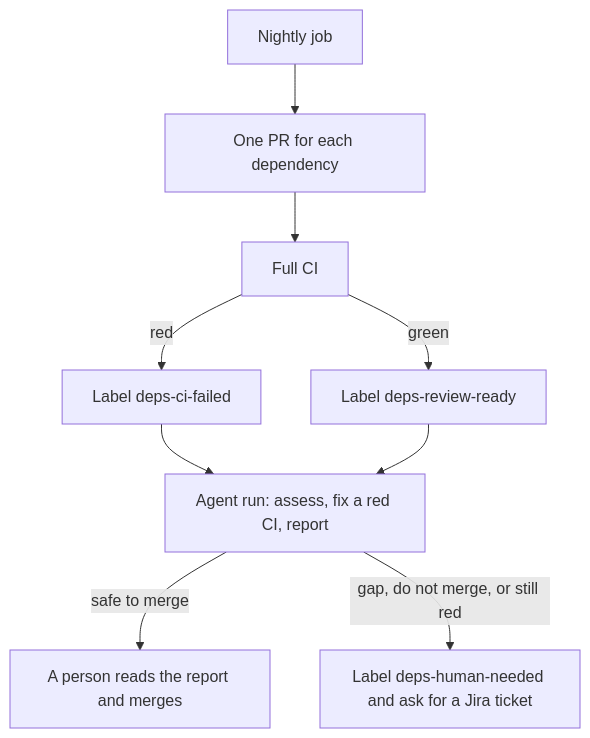
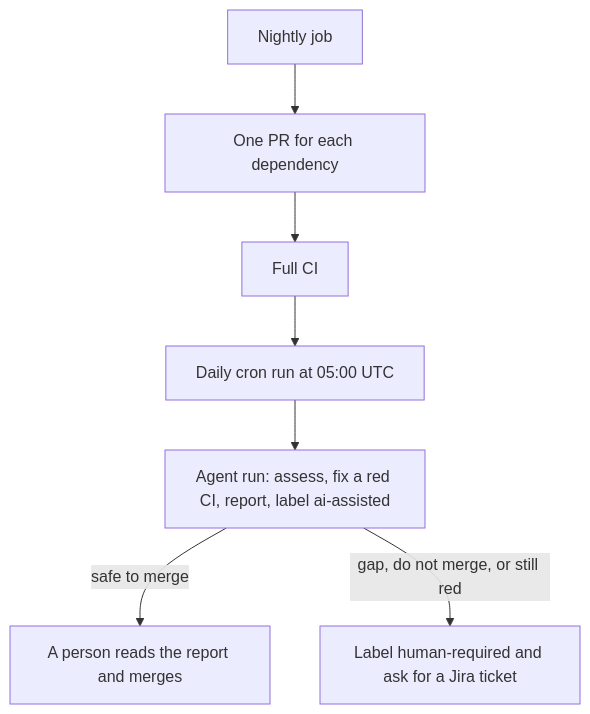
Before and after one commit to Unique-AG/connectors: the diagram in docs/security/dependencies.md, drawn with Mermaid. The commit also changed other lines of this file and 2 other files, not shown here.

Commit message:
docs(main): start the dependency agent from the cron run and use the labels ai-assisted and human-required

````diff
--- a/docs/security/dependencies.md
+++ b/docs/security/dependencies.md
@@ -10,11 +10,9 @@
 ```mermaid
 flowchart TD
   nightly[Nightly job] --> pr[One PR for each dependency]
   pr --> ci[Full CI]
-  ci -->|red| failed[Label deps-ci-failed]
-  ci -->|green| ready[Label deps-review-ready]
-  failed --> agent["Agent run: assess, fix a red CI, report"]
-  ready --> agent
+  ci --> cron[Daily cron run at 05:00 UTC]
+  cron --> agent["Agent run: assess, fix a red CI, report, label ai-assisted"]
   agent -->|safe to merge| review[A person reads the report and merges]
-  agent -->|gap, do not merge, or still red| human[Label deps-human-needed and ask for a Jira ticket]
+  agent -->|gap, do not merge, or still red| human[Label human-required and ask for a Jira ticket]
 ```
````
